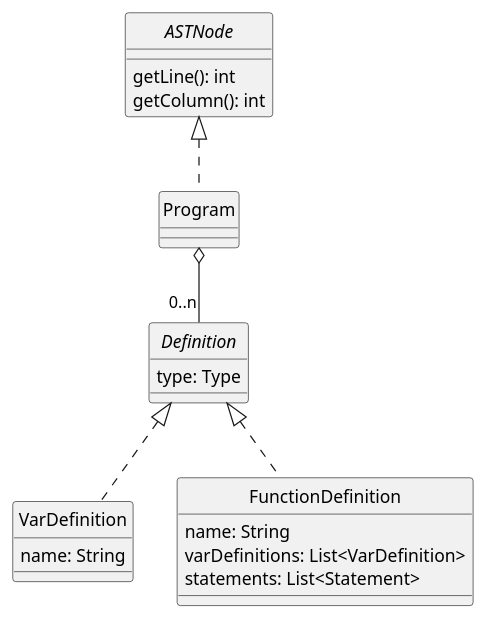
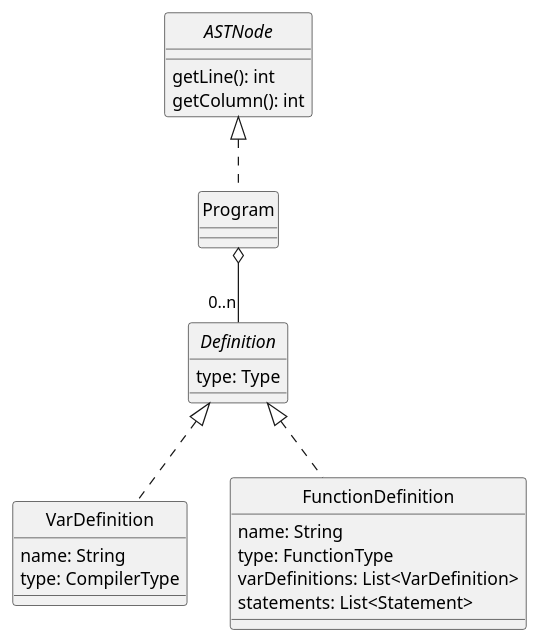
The diagram in docs/diagrams/program.plantuml (DavidGonzalezFernandez/dlp-compiler), drawn with PlantUML before and after one commit. The commit also changed 15 other files, not shown here.

Commit message:
Actualizo diagramas UML a última versión

```diff
--- a/docs/diagrams/program.plantuml
+++ b/docs/diagrams/program.plantuml
@@ -1,46 +1,48 @@
 @startuml Program
 skinparam style strictuml
 skinparam monochrome true
 
 
 interface ASTNode {
     getLine(): int
     getColumn(): int
 }
 
 /'Un programa está compuesto por una secuencia de definiciones de
 variables y definiciones de funciones.
 '/
 
 ASTNode <|.. Program
 
 class Program
 
 interface Definition {
     type: Type
 }
 
 Program o-- "0..n" Definition
 
 'La definición de una variable es un identificador seguido de :: y su respectivo tipo
 class VarDefinition {
     name: String
+    type: CompilerType
 }
 
 'TODO pendiente de terminar
 /' Una función se define usando:
     la palabra def,
     el identificador de la función,
     seguido de una lista de parámetros  comprendidos por ( y ) y separados por ,,
     después de los parámetros, y separado por ::, se debe especificar el tipo de  retorno.
 '/
 class FunctionDefinition {
     name: String
+    type: FunctionType
     varDefinitions: List<VarDefinition>
     statements: List<Statement>
 }
 
 Definition <|.. VarDefinition
 Definition <|.. FunctionDefinition
 
 @enduml
```
